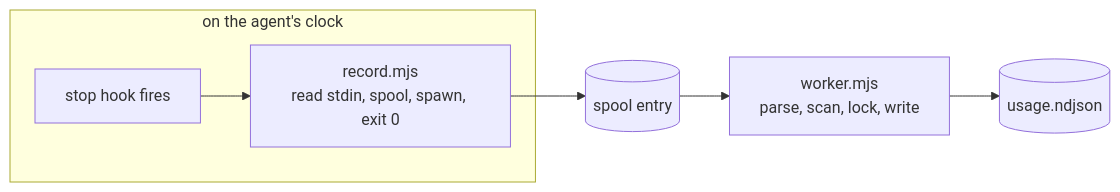
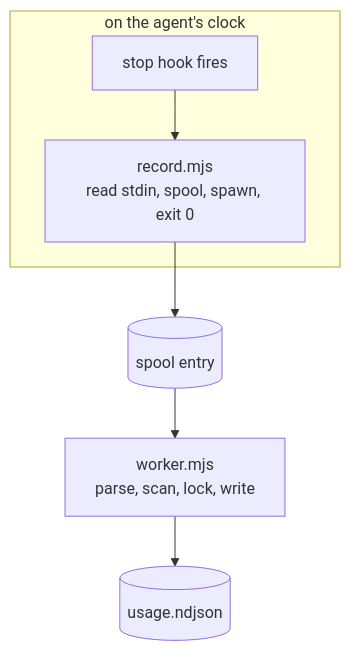
The second of 4 diagrams in README.md (Kud0o/ai-usage-inspector), drawn with Mermaid before and after one commit. The commit also changed other lines of this file, not shown here.

First line of the commit message:
Orient the README diagrams so GitHub renders them legibly

````diff
--- a/README.md
+++ b/README.md
@@ -338,9 +338,9 @@
 ```mermaid
-flowchart LR
+flowchart TD
   subgraph clock["on the agent's clock"]
     H["stop hook fires"] --> L["record.mjs<br/>read stdin, spool, spawn, exit 0"]
   end
   L --> F[("spool entry")]
   F --> K["worker.mjs<br/>parse, scan, lock, write"]
   K --> N[("usage.ndjson")]
 ```
````
